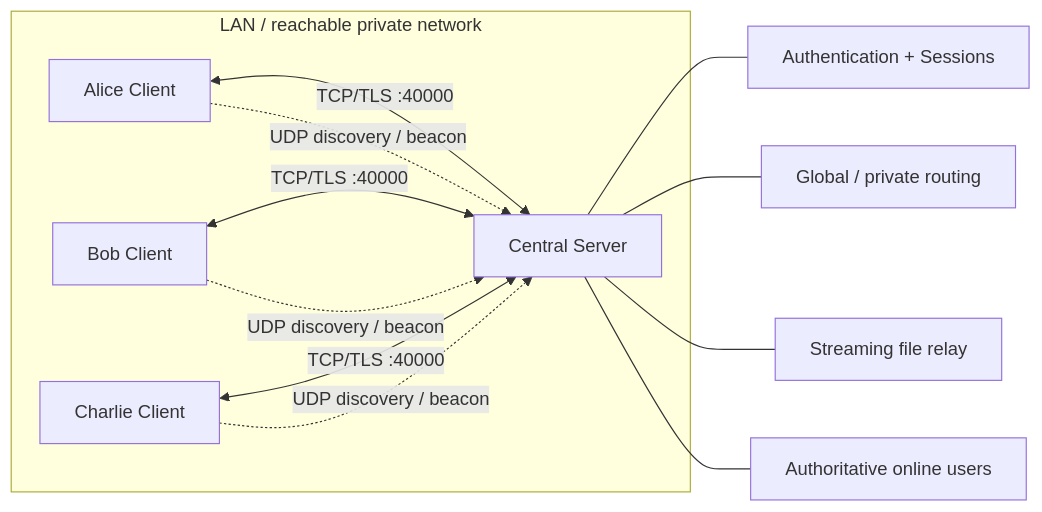
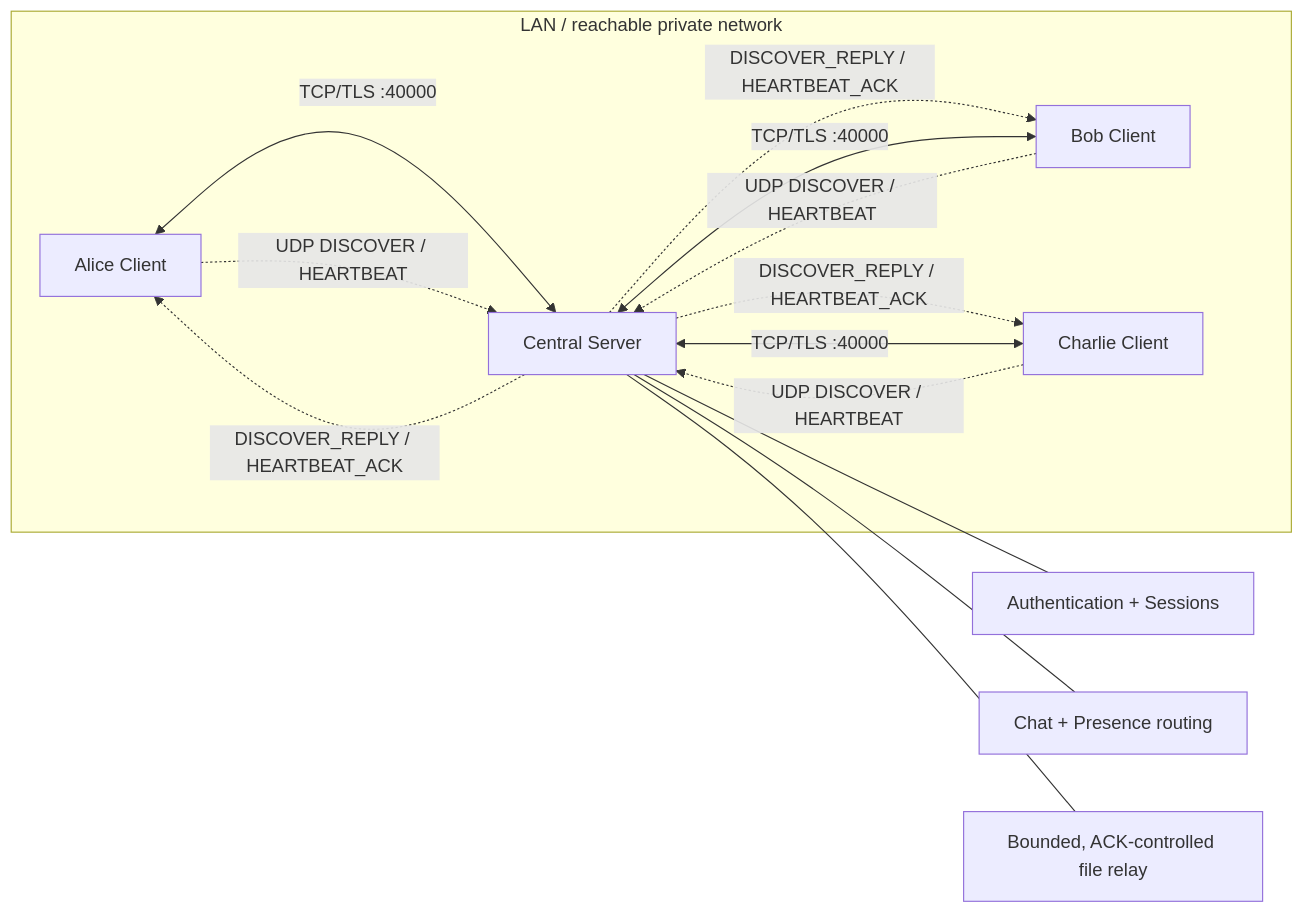
Before and after one commit to 1K-Keem/lan-collab: the diagram in docs/diagrams/transport-overview.md, drawn with Mermaid. The commit also changed other lines of this file and 13 other files, not shown here.

Commit message:
docs(test): synchronize v1.1 diagrams, schema catalog and mock fixtures

````diff
--- a/docs/diagrams/transport-overview.md
+++ b/docs/diagrams/transport-overview.md
@@ -5,20 +3,21 @@
 ```mermaid
 flowchart LR
     subgraph LAN["LAN / reachable private network"]
         A["Alice Client"]
         B["Bob Client"]
         C["Charlie Client"]
         S["Central Server"]
         A <-->|"TCP/TLS :40000"| S
         B <-->|"TCP/TLS :40000"| S
         C <-->|"TCP/TLS :40000"| S
-        A -.->|"UDP discovery / beacon"| S
-        B -.->|"UDP discovery / beacon"| S
-        C -.->|"UDP discovery / beacon"| S
+        A -.->|"UDP DISCOVER / HEARTBEAT"| S
+        B -.->|"UDP DISCOVER / HEARTBEAT"| S
+        C -.->|"UDP DISCOVER / HEARTBEAT"| S
+        S -.->|"DISCOVER_REPLY / HEARTBEAT_ACK"| A
+        S -.->|"DISCOVER_REPLY / HEARTBEAT_ACK"| B
+        S -.->|"DISCOVER_REPLY / HEARTBEAT_ACK"| C
     end
-
     S --- AUTH["Authentication + Sessions"]
-    S --- MSG["Global / private routing"]
-    S --- RELAY["Streaming file relay"]
-    S --- ONLINE["Authoritative online users"]
+    S --- MSG["Chat + Presence routing"]
+    S --- RELAY["Bounded, ACK-controlled file relay"]
 ```
````
